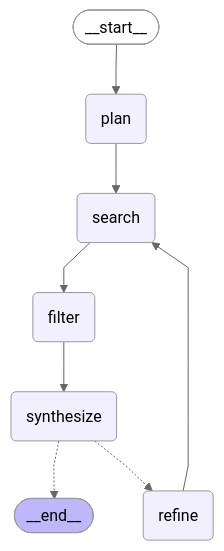
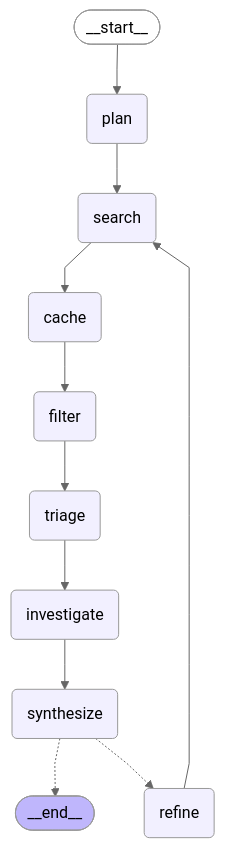
The diagram in graph.mmd (14790897/Active-Tech-Radar-RAG), drawn with Mermaid (neutral theme) before and after one commit. The commit also changed 6 other files, not shown here.

```diff
--- a/graph.mmd
+++ b/graph.mmd
@@ -1,23 +1,29 @@
 ---
 config:
   flowchart:
     curve: linear
 ---
 graph TD;
 	__start__([<p>__start__</p>]):::first
 	plan(plan)
 	search(search)
+	cache(cache)
 	filter(filter)
+	triage(triage)
+	investigate(investigate)
 	synthesize(synthesize)
 	refine(refine)
 	__end__([<p>__end__</p>]):::last
 	__start__ --> plan;
-	filter --> synthesize;
+	cache --> filter;
+	filter --> triage;
+	investigate --> synthesize;
 	plan --> search;
 	refine --> search;
-	search --> filter;
+	search --> cache;
 	synthesize -.-> __end__;
 	synthesize -.-> refine;
+	triage --> investigate;
 	classDef default fill:#f2f0ff,line-height:1.2
 	classDef first fill-opacity:0
 	classDef last fill:#bfb6fc
```
